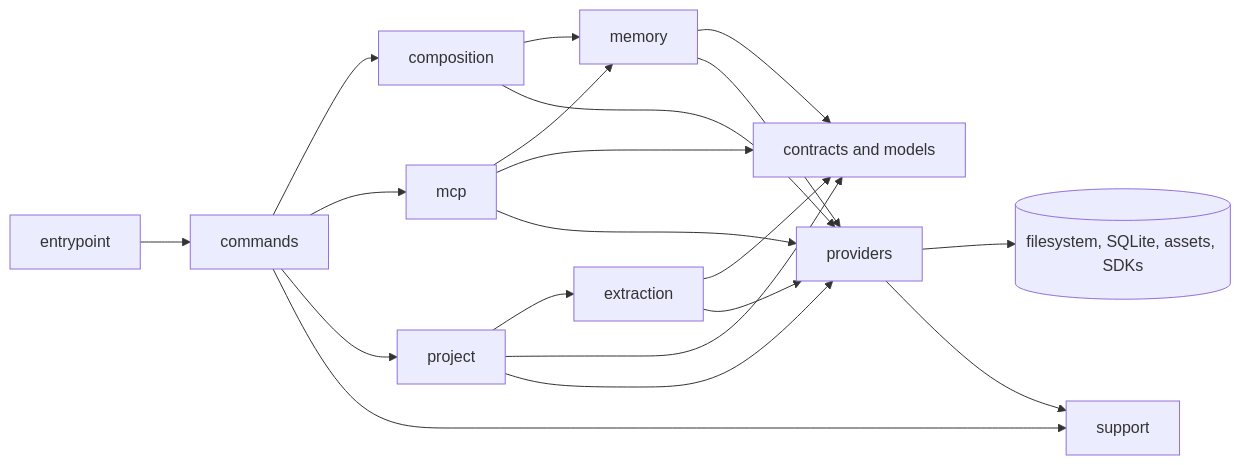
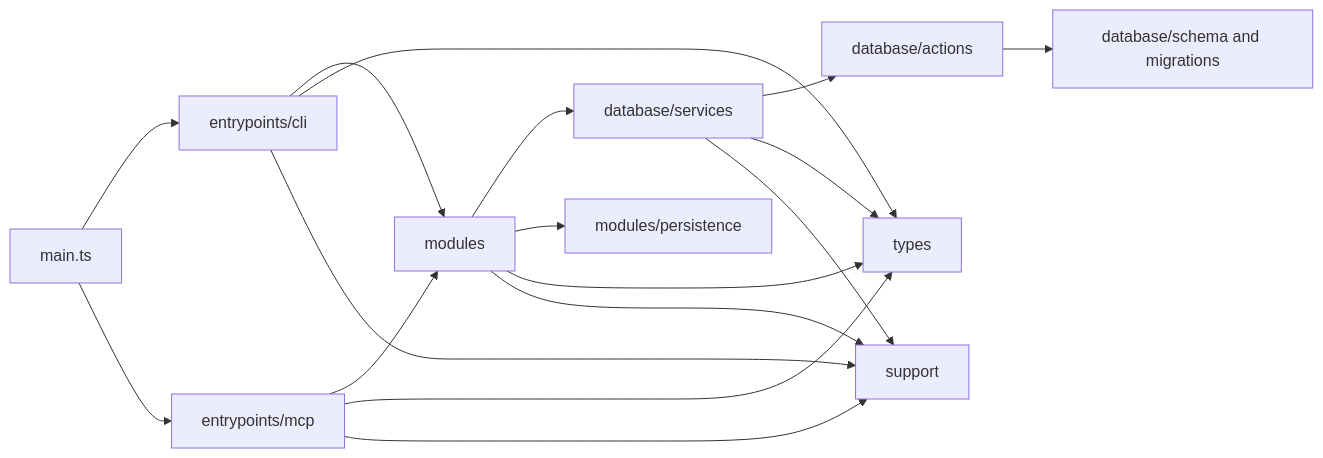
The diagram in docs/development/directory-structure.md (konteks/cli), drawn with Mermaid before and after one commit. The commit also changed other lines of this file and 1 other file, not shown here.

First line of the commit message:
Refactor project directory structure

````diff
--- a/docs/development/directory-structure.md
+++ b/docs/development/directory-structure.md
@@ -45,22 +45,19 @@
 ```mermaid
 graph LR
-    E[entrypoint] --> C[commands]
-    C --> X[composition]
-    C --> Q[mcp]
-    C --> J[project]
-    X --> M[memory]
+    E[main.ts] --> C[entrypoints/cli]
+    E --> Q[entrypoints/mcp]
+    C --> M[modules]
     Q --> M
-    J --> G[extraction]
-    Q --> K[contracts and models]
-    G --> K
-    M --> K
-    J --> K
-    X --> P[providers]
-    G --> P
-    M --> P
-    Q --> P
-    J --> P
-    P --> R[(filesystem, SQLite, assets, SDKs)]
-    C --> S[support]
-    P --> S
+    M --> D[database/services]
+    D --> A[database/actions]
+    A --> S[database/schema and migrations]
+    M --> O[modules/persistence]
+    C --> T[types]
+    Q --> T
+    M --> T
+    D --> T
+    C --> U[support]
+    Q --> U
+    M --> U
+    D --> U
 ```
````
